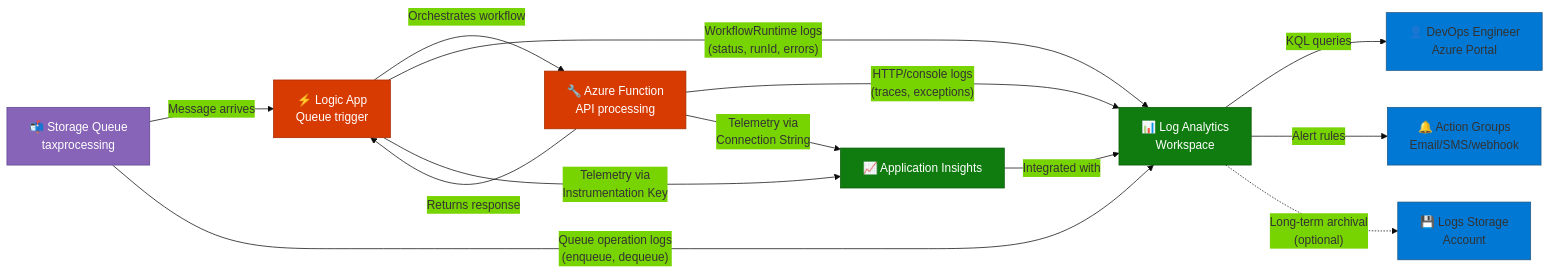
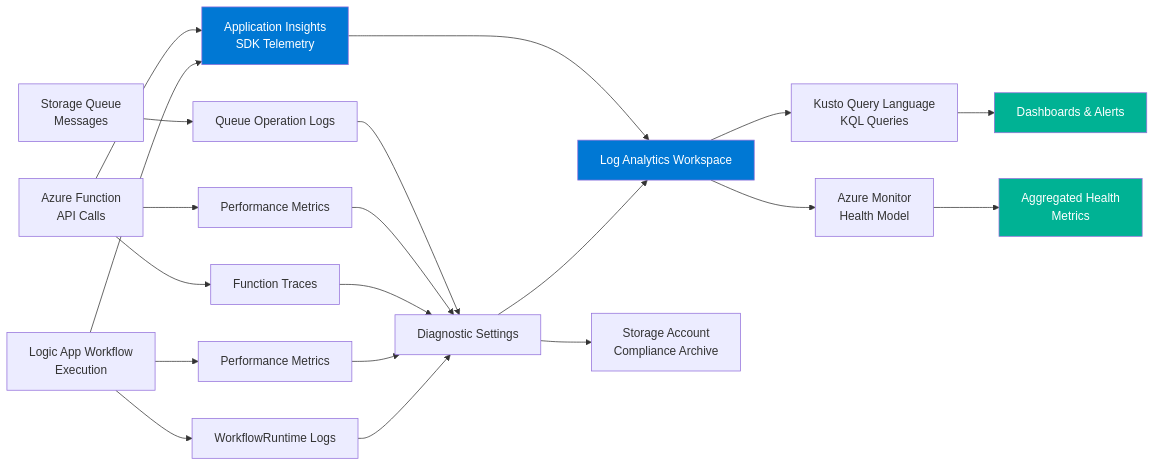
One commit to Evilazaro/Azure-LogicApps-Monitoring changed the second of 2 diagrams in README.md. Above: the diagram before and after it, drawn with Mermaid. The commit also changed other lines of this file, not shown here.

Commit message:
Implement feature X to enhance user experience and optimize performance

````diff
--- a/README.md
+++ b/README.md
@@ -212,27 +164,34 @@
 ```mermaid
-%%{init: {'theme':'base', 'themeVariables': { 'primaryColor':'#0078D4'}}}%%
 flowchart LR
-    A["📬 Storage Queue<br/>taxprocessing"] -->|"Message arrives"| B["⚡ Logic App<br/>Queue trigger"]
-    B -->|"Orchestrates workflow"| C["🔧 Azure Function<br/>API processing"]
-    C -->|"Returns response"| B
+    A[Logic App Workflow<br/>Execution] --> B[WorkflowRuntime Logs]
+    A --> C[Performance Metrics]
     
-    B -->|"WorkflowRuntime logs<br/>(status, runId, errors)"| D["📊 Log Analytics<br/>Workspace"]
-    C -->|"HTTP/console logs<br/>(traces, exceptions)"| D
-    A -->|"Queue operation logs<br/>(enqueue, dequeue)"| D
+    D[Azure Function<br/>API Calls] --> E[Function Traces]
+    D --> F[Performance Metrics]
     
-    B -->|"Telemetry via<br/>Instrumentation Key"| E["📈 Application Insights"]
-    C -->|"Telemetry via<br/>Connection String"| E
+    G[Storage Queue<br/>Messages] --> H[Queue Operation Logs]
     
-    E -->|"Integrated with"| D
+    B --> I[Diagnostic Settings]
+    C --> I
+    E --> I
+    F --> I
+    H --> I
     
-    D -->|"KQL queries"| F["👤 DevOps Engineer<br/>Azure Portal"]
-    D -->|"Alert rules"| G["🔔 Action Groups<br/>Email/SMS/webhook"]
+    I --> J[Log Analytics Workspace]
+    I --> K[Storage Account<br/>Compliance Archive]
     
-    D -.->|"Long-term archival<br/>(optional)"| H["💾 Logs Storage<br/>Account"]
+    A --> L[Application Insights<br/>SDK Telemetry]
+    D --> L
+    L --> J
     
-    style D fill:#107C10,stroke:#0B5A08,color:#fff
-    style E fill:#107C10,stroke:#0B5A08,color:#fff
-    style B fill:#D83B01,stroke:#A52A00,color:#fff
-    style C fill:#D83B01,stroke:#A52A00,color:#fff
-    style A fill:#8764B8,stroke:#5E4691,color:#fff
+    J --> M[Kusto Query Language<br/>KQL Queries]
+    M --> N[Dashboards & Alerts]
+    
+    J --> O[Azure Monitor<br/>Health Model]
+    O --> P[Aggregated Health<br/>Metrics]
+    
+    style J fill:#0078D4,color:#fff
+    style L fill:#0078D4,color:#fff
+    style N fill:#00B294,color:#fff
+    style P fill:#00B294,color:#fff
 ```
````
